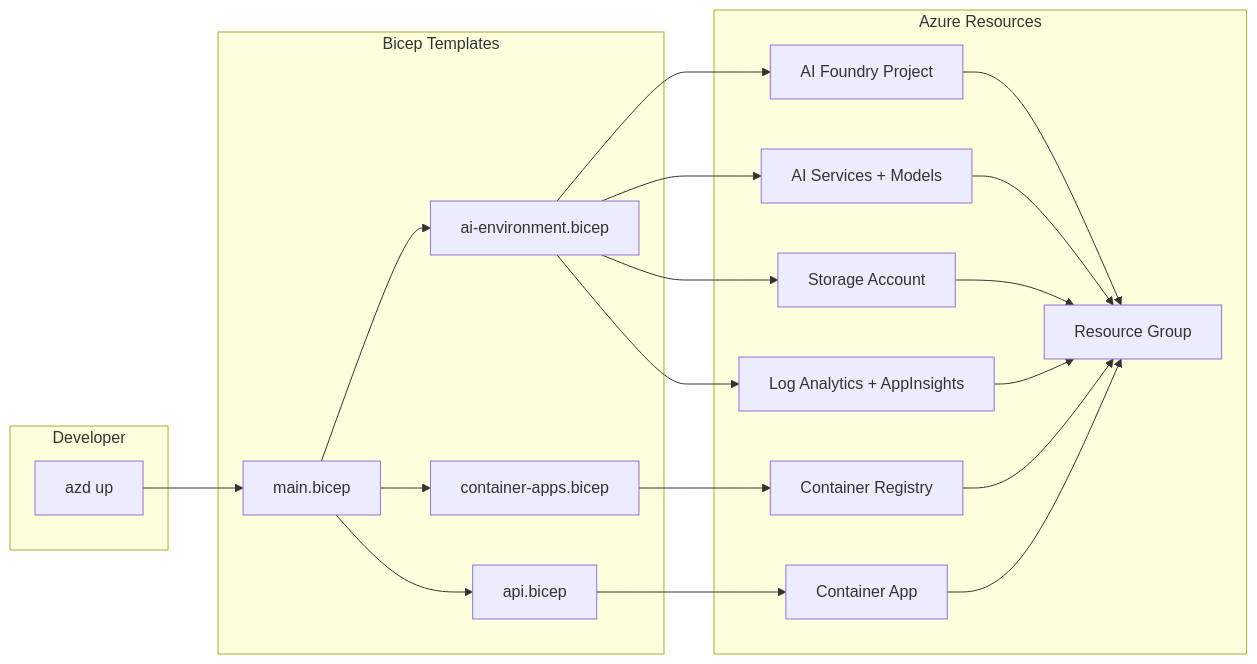
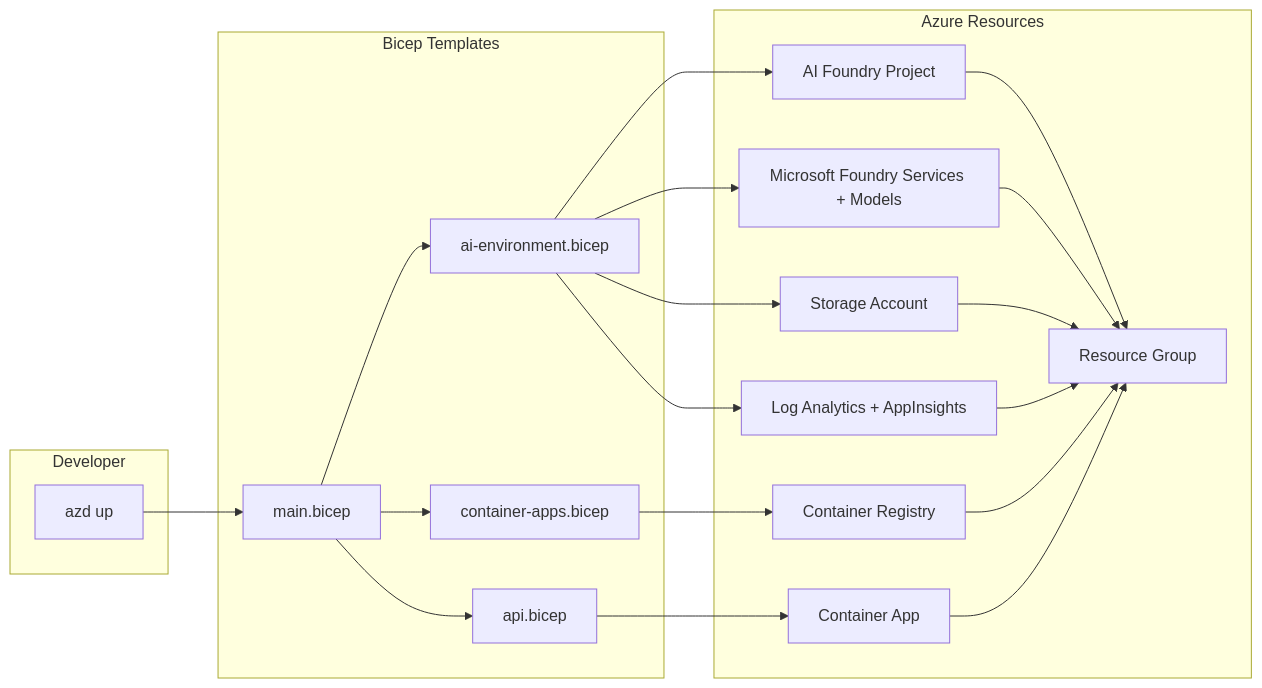
The first of 3 diagrams in docs/INFRA_ARCHITECTURE.md (neo4j-partners/neo4j-azure-workshop), drawn with Mermaid before and after one commit. The commit also changed other lines of this file and 35 other files, not shown here.

````diff
--- a/docs/INFRA_ARCHITECTURE.md
+++ b/docs/INFRA_ARCHITECTURE.md
@@ -84,42 +84,42 @@
 ```mermaid
 flowchart LR
     subgraph Developer
         AZD[azd up]
     end
 
     subgraph Bicep["Bicep Templates"]
         MAIN[main.bicep]
         AI[ai-environment.bicep]
         CA[container-apps.bicep]
         API[api.bicep]
     end
 
     subgraph Azure["Azure Resources"]
         RG[Resource Group]
         PROJ[AI Foundry Project]
-        AOAI[AI Services + Models]
+        AOAI[Microsoft Foundry Services + Models]
         ACR[Container Registry]
         ACA[Container App]
         ST[Storage Account]
         MON[Log Analytics + AppInsights]
     end
 
     AZD --> MAIN
     MAIN --> AI
     MAIN --> CA
     MAIN --> API
 
     AI --> PROJ
     AI --> AOAI
     AI --> ST
     AI --> MON
     CA --> ACR
     API --> ACA
 
     PROJ --> RG
     AOAI --> RG
     ACR --> RG
     ACA --> RG
     ST --> RG
     MON --> RG
 ```
````
